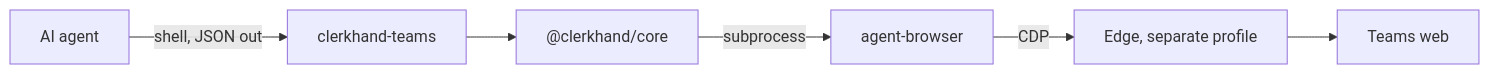
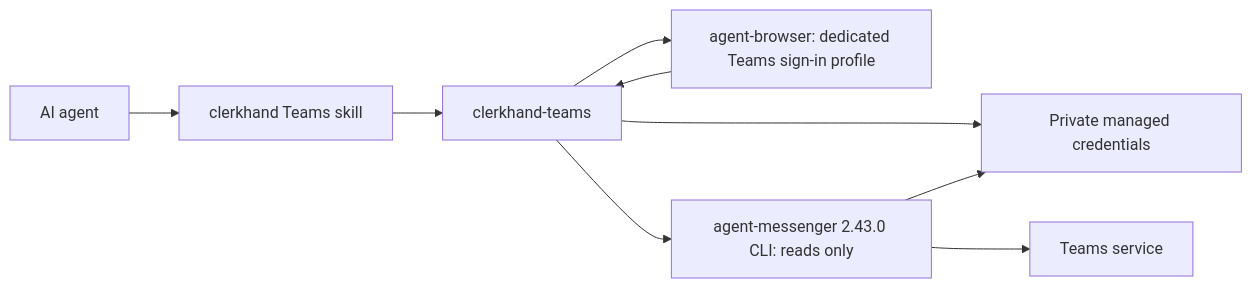
Before and after one commit to Ansarac/clerkhand: the diagram in docs/overview.md, drawn with Mermaid. The commit also changed other lines of this file and 61 other files, not shown here.

````diff
--- a/docs/overview.md
+++ b/docs/overview.md
@@ -3,8 +3,11 @@
 ```mermaid
 flowchart LR
-  A[AI agent] -->|shell, JSON out| T[clerkhand-teams]
-  T --> C["@clerkhand/core"]
-  C -->|subprocess| B[agent-browser]
-  B -->|CDP| E[Edge, separate profile]
-  E --> W[Teams web]
+  A[AI agent] --> S[clerkhand Teams skill]
+  S --> T[clerkhand-teams]
+  T --> B[agent-browser: dedicated Teams sign-in profile]
+  B --> T
+  T --> C[Private managed credentials]
+  T --> M[agent-messenger 2.43.0 CLI: reads only]
+  M --> C
+  M --> W[Teams service]
 ```
````
